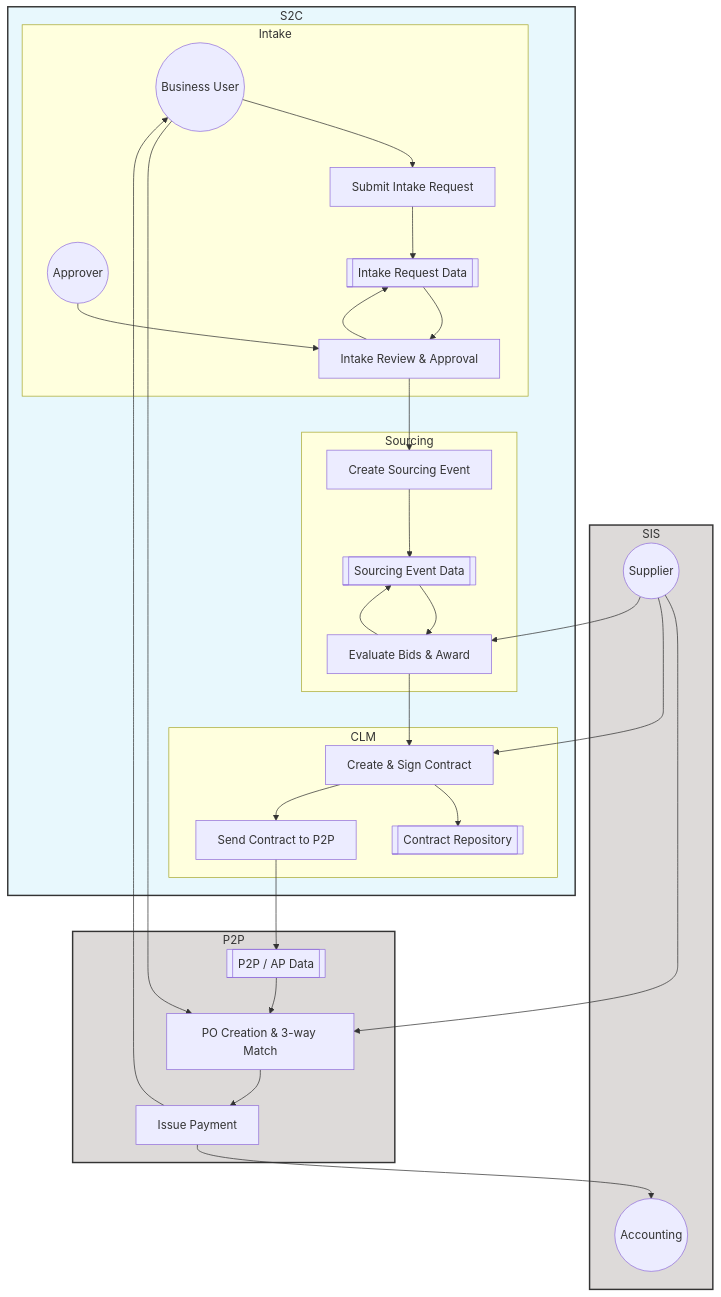
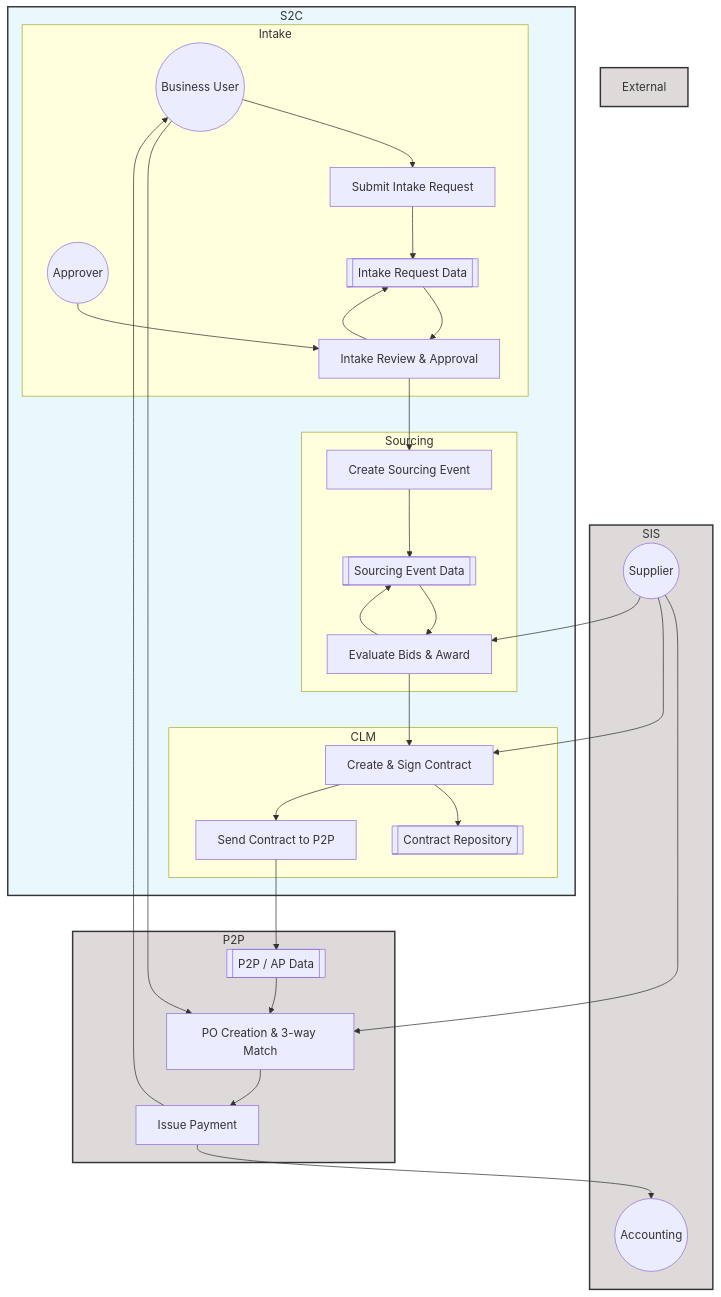
The diagram in S2C.md (houssamkhalifeh/practice), drawn with Mermaid before and after one commit.

````diff
--- a/S2C.md
+++ b/S2C.md
@@ -1,78 +1,79 @@
 ```mermaid
 flowchart TD
+    External
+    %% Style nodes
+    style External fill:#DDDAD9,stroke:#333,stroke-width:2px
+    style SIS fill:#DDDAD9,stroke:#333,stroke-width:2px
+    style P2P fill:#DDDAD9,stroke:#333,stroke-width:2px
+    style S2C fill:#E8F8FD,stroke:#333,stroke-width:2px
+
 
     %% External Entities
     User((Business User))
     Supplier((Supplier))
     SupplierAccount((Accounting))
     Approver((Approver))
 
     %% Data Stores
     DS_Intake[[Intake Request Data]]
     DS_Sourcing[[Sourcing Event Data]]
     DS_Contract[[Contract Repository]]
     DS_P2P[[P2P / AP Data]]
 
     %% Processes
     P1[Submit Intake Request]
     P2[Intake Review & Approval]
     P3[Create Sourcing Event]
     P4[Evaluate Bids & Award]
     P5[Create & Sign Contract]
     P6[Send Contract to P2P]
     P7[PO Creation & 3-way Match]
     P8[Issue Payment]
 
     subgraph SIS
         Supplier
         SupplierAccount
     end
 
     subgraph P2P
         P7
         DS_P2P
         P8
     end
 
     subgraph S2C
         Intake
         Sourcing
         CLM
     end
     
-    %% Style nodes
-    style SIS fill:#DDDAD9,stroke:#333,stroke-width:2px
-    style P2P fill:#DDDAD9,stroke:#333,stroke-width:2px
-    style S2C fill:#E8F8FD,stroke:#333,stroke-width:2px
-
-
     %% Flows
     subgraph Intake
         Approver --> P2 --> DS_Intake
         User --> P1 --> DS_Intake
         DS_Intake --> P2
     end
 
     subgraph Sourcing
         P2 --> P3 --> DS_Sourcing
         DS_Sourcing --> P4 --> DS_Sourcing
     end
 
     subgraph CLM
         P4 --> P5 --> DS_Contract
         P5 --> P6 --> DS_P2P
     end
 
 
     Supplier --> P7
     Supplier --> P5
     Supplier --> P4
 
 
     DS_P2P --> P7 --> P8
     P8 --> SupplierAccount
     User --> P7
     P8 --> User
 
 
 ```
````
